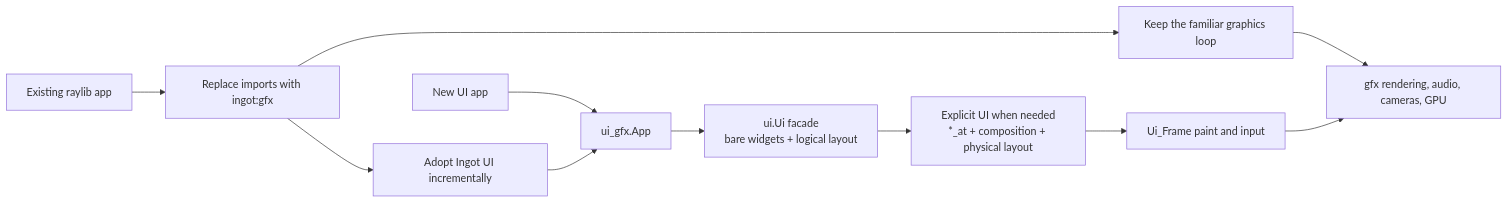
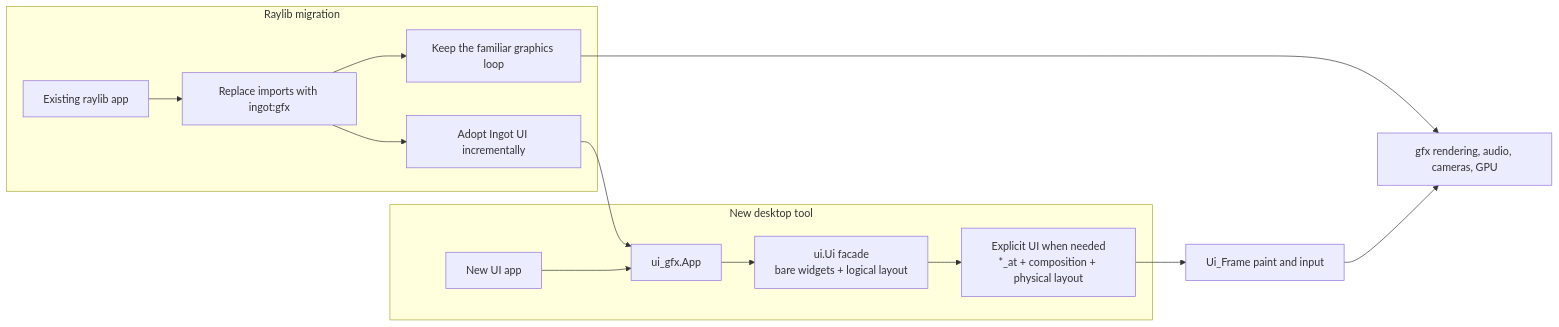
One commit to nic-vdwalt/ingot changed the diagram in README.md. Above: the diagram before and after it, drawn with Mermaid. The commit also changed 7 other files, not shown here.

````diff
--- a/README.md
+++ b/README.md
@@ -155,15 +155,19 @@
 ```mermaid
 flowchart LR
-    NEW[New UI app] --> APP[ui_gfx.App]
-    APP --> FACADE[ui.Ui facade\nbare widgets + logical layout]
-    FACADE --> EXPLICIT[Explicit UI when needed\n*_at + composition + physical layout]
+    subgraph NEWPATH[New desktop tool]
+        NEW[New UI app] --> APP[ui_gfx.App]
+        APP --> FACADE[ui.Ui facade<br/>bare widgets + logical layout]
+        FACADE --> EXPLICIT[Explicit UI when needed<br/>*_at + composition + physical layout]
+    end
 
-    RAYLIB[Existing raylib app] --> GFX[Replace imports with ingot:gfx]
-    GFX --> KEEP[Keep the familiar graphics loop]
-    GFX --> ADOPT[Adopt Ingot UI incrementally]
+    subgraph RAYPATH[Raylib migration]
+        RAYLIB[Existing raylib app] --> GFX[Replace imports with ingot:gfx]
+        GFX --> KEEP[Keep the familiar graphics loop]
+        GFX --> ADOPT[Adopt Ingot UI incrementally]
+    end
+
     ADOPT --> APP
-
     EXPLICIT --> FRAME[Ui_Frame paint and input]
     KEEP --> GFXLOW[gfx rendering, audio, cameras, GPU]
     FRAME --> GFXLOW
 ```
````
